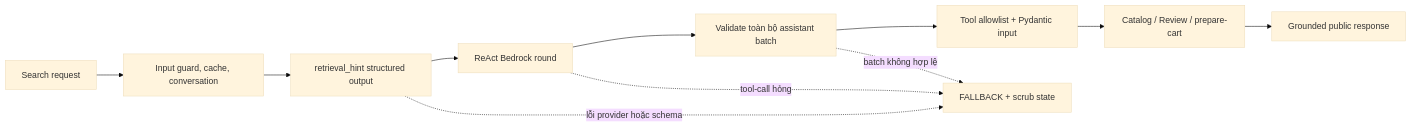
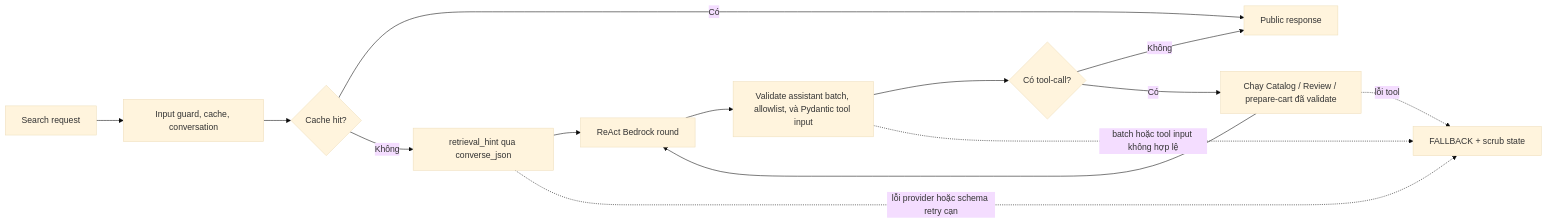
One commit to tf2-team/tf2-corp-platform changed the third of 3 diagrams in docs/ai-engineering/Mandate25.md. Above: the diagram before and after it, drawn with Mermaid (base theme). The commit also changed other lines of this file, not shown here.

````diff
--- a/docs/ai-engineering/Mandate25.md
+++ b/docs/ai-engineering/Mandate25.md
@@ -111,13 +114,16 @@
 ```mermaid
 flowchart LR
     A[Search request] --> B[Input guard, cache, conversation]
-    B --> C[retrieval_hint structured output]
-    C --> D[ReAct Bedrock round]
-    D --> E[Validate toàn bộ assistant batch]
-    E --> F[Tool allowlist + Pydantic input]
-    F --> G[Catalog / Review / prepare-cart]
-    G --> H[Grounded public response]
-    C -. lỗi provider hoặc schema .-> I[FALLBACK + scrub state]
-    D -. tool-call hỏng .-> I
-    E -. batch không hợp lệ .-> I
+    B --> C{Cache hit?}
+    C -- Có --> J[Public response]
+    C -- Không --> D[retrieval_hint qua converse_json]
+    D --> E[ReAct Bedrock round]
+    E --> F[Validate assistant batch, allowlist, và Pydantic tool input]
+    F --> G{Có tool-call?}
+    G -- Không --> J
+    G -- Có --> H[Chạy Catalog / Review / prepare-cart đã validate]
+    H --> E
+    D -. lỗi provider hoặc schema retry cạn .-> I[FALLBACK + scrub state]
+    F -. batch hoặc tool input không hợp lệ .-> I
+    H -. lỗi tool .-> I
 ```
````
